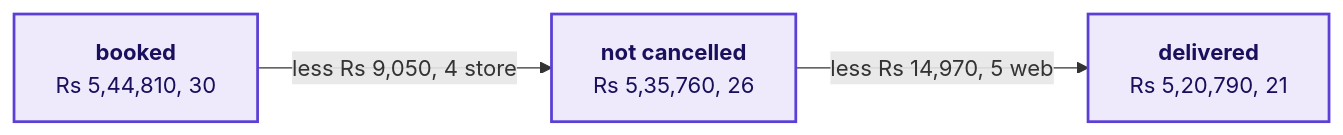
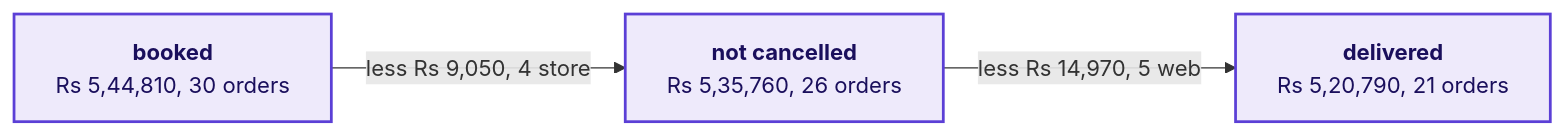
One commit to fde-academy-lab/c2-content-factory changed diagram 12 of 31 in content/W01/D1/slides/C2_W01_D01_half1_STUDENT.md. Above: the diagram before and after it, drawn with Mermaid. The commit also changed other lines of this file and 22 other files, not shown here.

````diff
--- a/content/W01/D1/slides/C2_W01_D01_half1_STUDENT.md
+++ b/content/W01/D1/slides/C2_W01_D01_half1_STUDENT.md
@@ -468,7 +666,7 @@
 ```mermaid
 flowchart LR
-    B["<b>booked</b><br/>Rs 5,44,810, 30"] -->|"less Rs 9,050, 4 store"| N["<b>not cancelled</b><br/>Rs 5,35,760, 26"]
-    N -->|"less Rs 14,970, 5 web"| D["<b>delivered</b><br/>Rs 5,20,790, 21"]
+    B["<b>booked</b><br/>Rs 5,44,810, 30 orders"] -->|"less Rs 9,050, 4 store"| N["<b>not cancelled</b><br/>Rs 5,35,760, 26 orders"]
+    N -->|"less Rs 14,970, 5 web"| D["<b>delivered</b><br/>Rs 5,20,790, 21 orders"]
     classDef known fill:#EEEAFB,stroke:#5B3FD6,color:#1A0F5C,stroke-width:2px
     class B,N,D known
 ```
````
